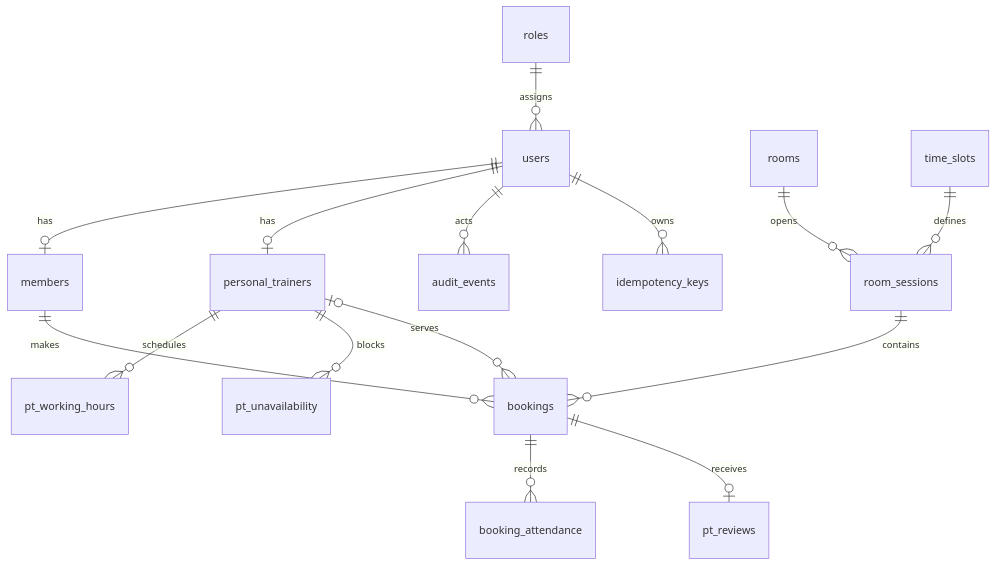
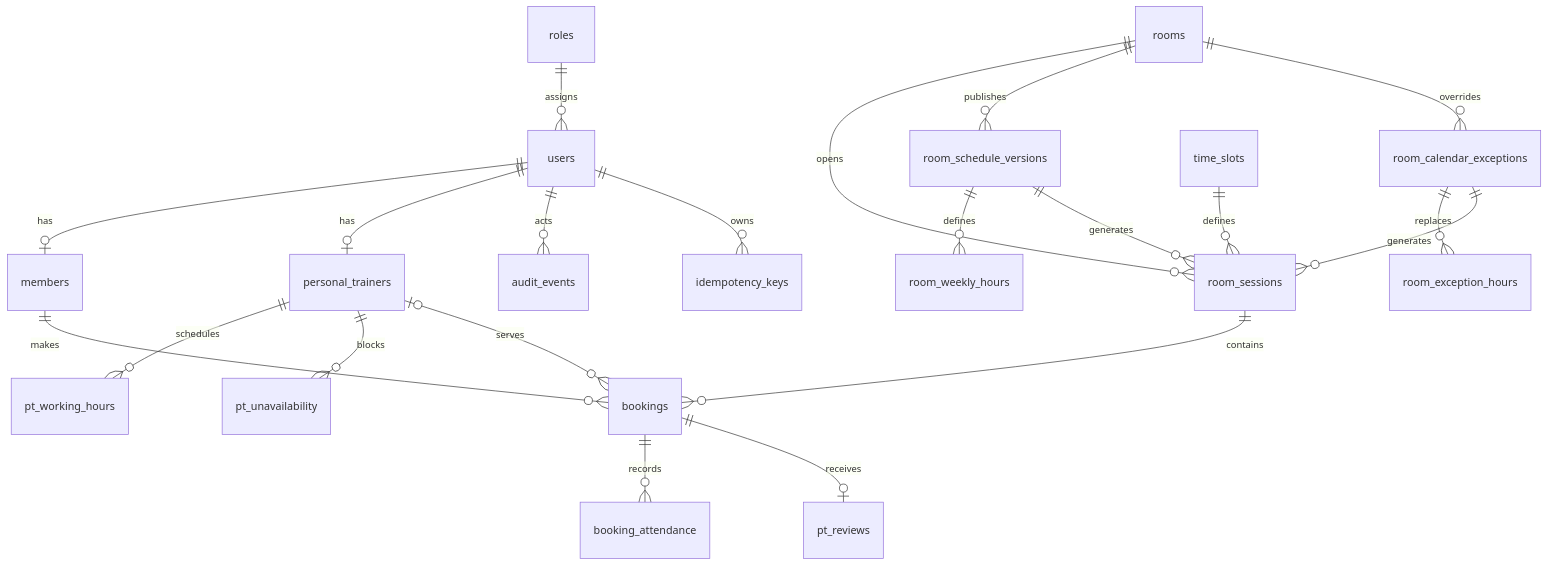
Before and after one commit to tlong15306/ttcsn-gym-management: the diagram in docs/09_ERD_va_CSDL.md, drawn with Mermaid. The commit also changed other lines of this file and 343 other files, not shown here.

````diff
--- a/docs/09_ERD_va_CSDL.md
+++ b/docs/09_ERD_va_CSDL.md
@@ -17,17 +20,23 @@
 ```mermaid
 erDiagram
     roles ||--o{ users : assigns
     users ||--o| members : has
     users ||--o| personal_trainers : has
     personal_trainers ||--o{ pt_working_hours : schedules
     personal_trainers ||--o{ pt_unavailability : blocks
     rooms ||--o{ room_sessions : opens
+    rooms ||--o{ room_schedule_versions : publishes
+    room_schedule_versions ||--o{ room_weekly_hours : defines
+    rooms ||--o{ room_calendar_exceptions : overrides
+    room_calendar_exceptions ||--o{ room_exception_hours : replaces
+    room_schedule_versions ||--o{ room_sessions : generates
+    room_calendar_exceptions ||--o{ room_sessions : generates
     time_slots ||--o{ room_sessions : defines
     members ||--o{ bookings : makes
     personal_trainers o|--o{ bookings : serves
     room_sessions ||--o{ bookings : contains
     bookings ||--o{ booking_attendance : records
     bookings ||--o| pt_reviews : receives
     users ||--o{ audit_events : acts
     users ||--o{ idempotency_keys : owns
 ```
````
